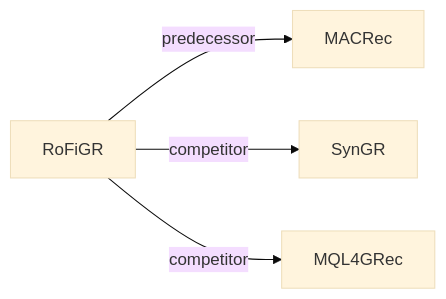
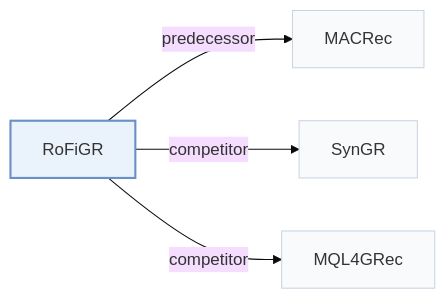
The second of 2 diagrams in pages/papers/rofigr.md (Galaxy-ghost/Awesome-SID-Generative-Rec), drawn with Mermaid (base theme) before and after one commit. The commit also changed other lines of this file and 649 other files, not shown here.

Commit message:
writer-05: also tags and modality index (schema, check, build, visuals); summary field removed; calibration data for 12 papers

````diff
--- a/pages/papers/rofigr.md
+++ b/pages/papers/rofigr.md
@@ -69,7 +74,11 @@
 ```mermaid
 flowchart LR
     P["RoFiGR"]
-    P -->|predecessor| A["MACRec"]
-    P -->|competitor| B["SynGR"]
-    P -->|competitor| C["MQL4GRec"]
+    P -->|"predecessor"| A["MACRec"]
+    P -->|"competitor"| B["SynGR"]
+    P -->|"competitor"| C["MQL4GRec"]
+    classDef main fill:#eaf2fb,stroke:#6b8fc7,stroke-width:2px
+    classDef peer fill:#f8fafc,stroke:#cbd5e1
+    class P main
+    class A,B,C peer
 ```
````
